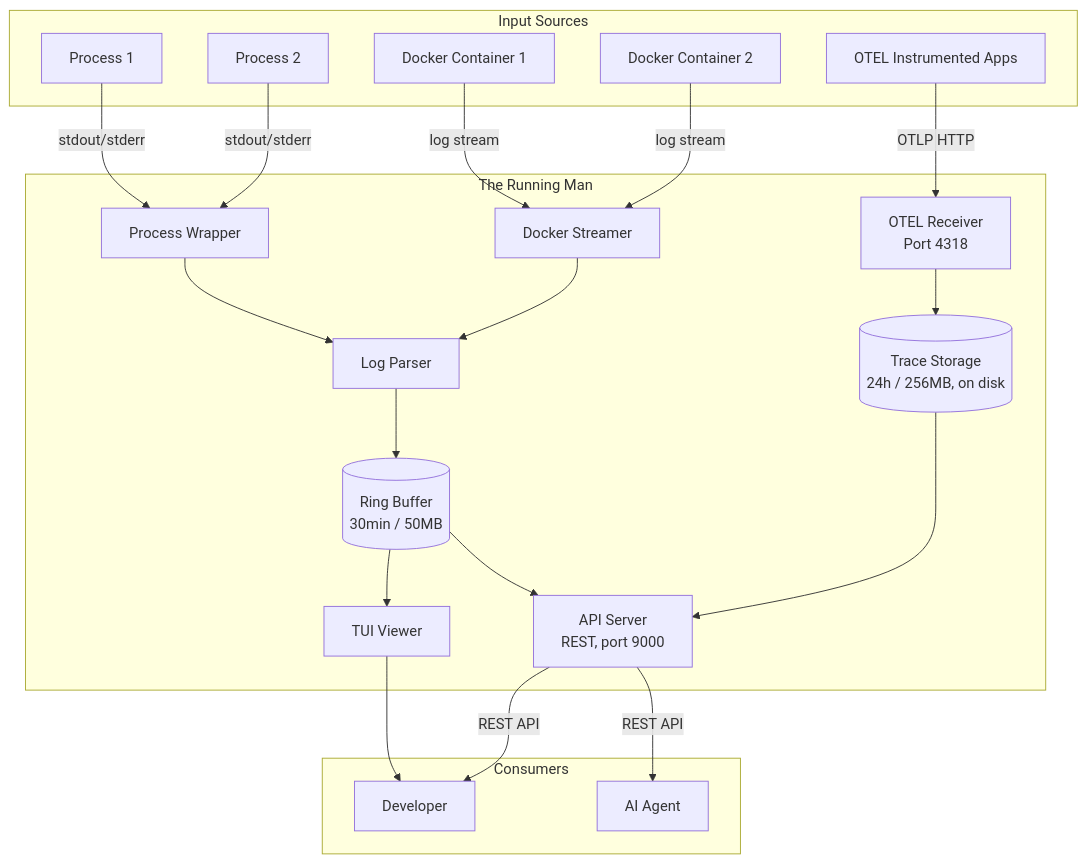
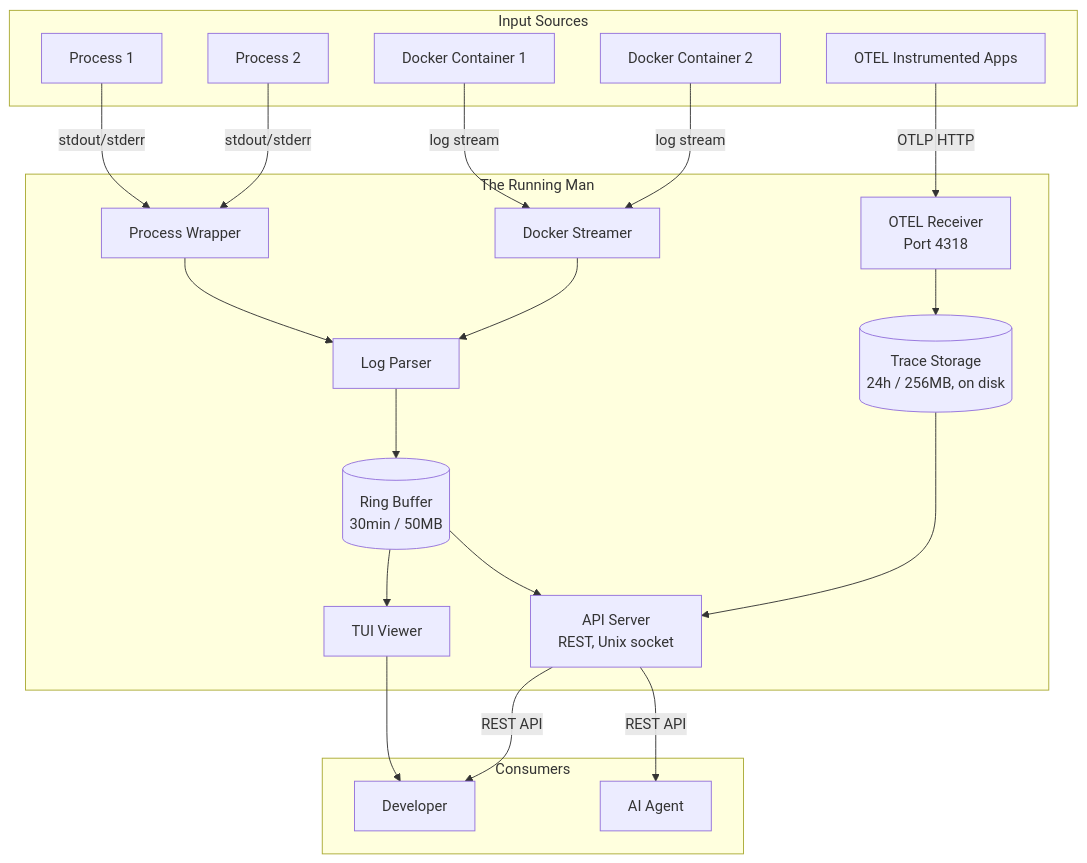
One commit to elbeanio/the_running_man changed the diagram in docs/architecture.md. Above: the diagram before and after it, drawn with Mermaid. The commit also changed other lines of this file and 14 other files, not shown here.

````diff
--- a/docs/architecture.md
+++ b/docs/architecture.md
@@ -9,44 +9,44 @@
 ```mermaid
 graph TB
     subgraph "Input Sources"
         P1[Process 1]
         P2[Process 2]
         D1[Docker Container 1]
         D2[Docker Container 2]
         OTEL[OTEL Instrumented Apps]
     end
     
     subgraph "The Running Man"
         PW[Process Wrapper]
         DS[Docker Streamer]
         OTEL_REC[OTEL Receiver<br/>Port 4318]
         PARSER[Log Parser]
         BUFFER[(Ring Buffer<br/>30min / 50MB)]
         TRACE_STORE[(Trace Storage<br/>24h / 256MB, on disk)]
-        API[API Server<br/>REST, port 9000]
+        API[API Server<br/>REST, Unix socket]
         TUI[TUI Viewer]
         
         P1 -->|stdout/stderr| PW
         P2 -->|stdout/stderr| PW
         D1 -->|log stream| DS
         D2 -->|log stream| DS
         OTEL -->|OTLP HTTP| OTEL_REC
         
         PW --> PARSER
         DS --> PARSER
         PARSER --> BUFFER
         OTEL_REC --> TRACE_STORE
         BUFFER --> API
         TRACE_STORE --> API
         BUFFER --> TUI
     end
     
     subgraph "Consumers"
         AGENT[AI Agent]
         USER[Developer]
         
         API -->|REST API| AGENT
         API -->|REST API| USER
         TUI --> USER
     end
 ```
````
